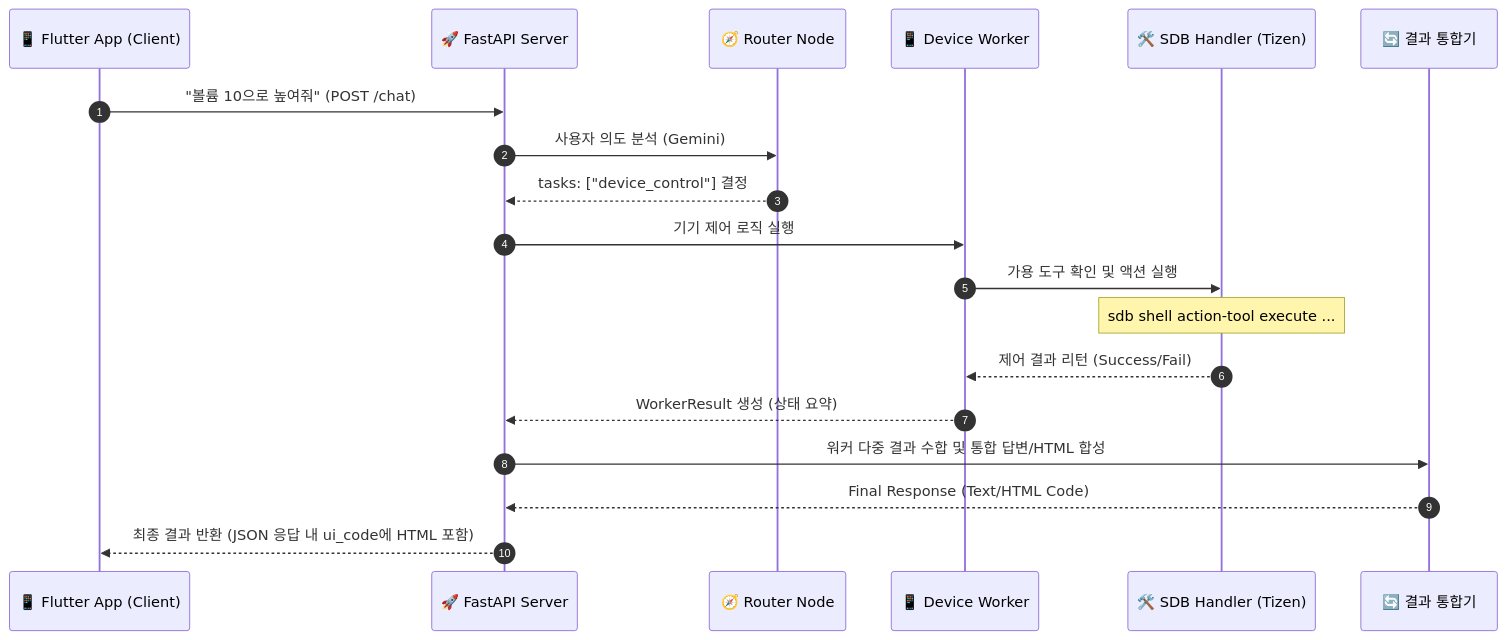
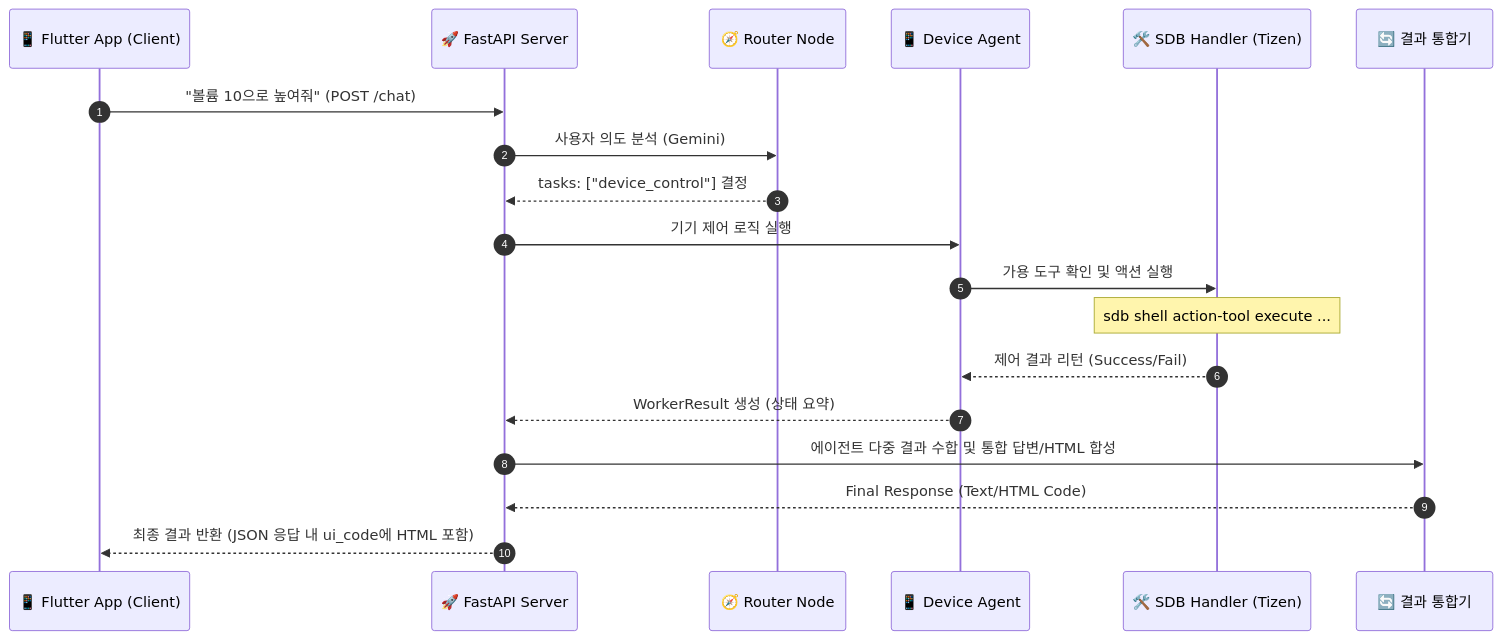
The third of 3 diagrams in README.md (shyunMin/tizen-home-agent), drawn with Mermaid before and after one commit. The commit also changed other lines of this file, not shown here.

Commit message:
Update README.md: Replace Worker with Agent terminology

````diff
--- a/README.md
+++ b/README.md
@@ -95,25 +95,25 @@
 ```mermaid
 sequenceDiagram
     autonumber
     participant App as 📱 Flutter App (Client)
     participant Server as 🚀 FastAPI Server
     participant Router as 🧭 Router Node
-    participant Device as 📱 Device Worker
+    participant Device as 📱 Device Agent
     participant SDB as 🛠️ SDB Handler (Tizen)
     participant Recon as 🔄 결과 통합기
 
     App->>Server: "볼륨 10으로 높여줘" (POST /chat)
     Server->>Router: 사용자 의도 분석 (Gemini)
     Router-->>Server: tasks: ["device_control"] 결정
     
     Server->>Device: 기기 제어 로직 실행
     Device->>SDB: 가용 도구 확인 및 액션 실행
     Note over SDB: sdb shell action-tool execute ...
     SDB-->>Device: 제어 결과 리턴 (Success/Fail)
     
     Device-->>Server: WorkerResult 생성 (상태 요약)
-    Server->>Recon: 워커 다중 결과 수합 및 통합 답변/HTML 합성
+    Server->>Recon: 에이전트 다중 결과 수합 및 통합 답변/HTML 합성
     Recon-->>Server: Final Response (Text/HTML Code)
     
     Server-->>App: 최종 결과 반환 (JSON 응답 내 ui_code에 HTML 포함)
 ```
````
